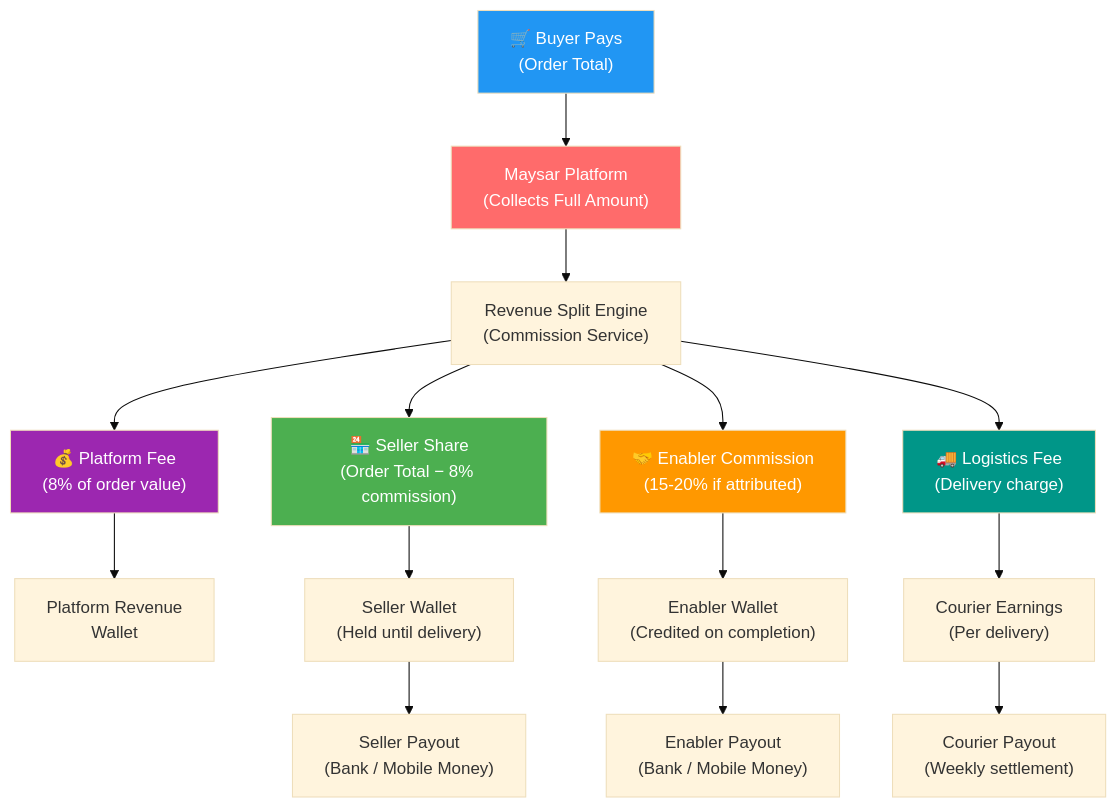
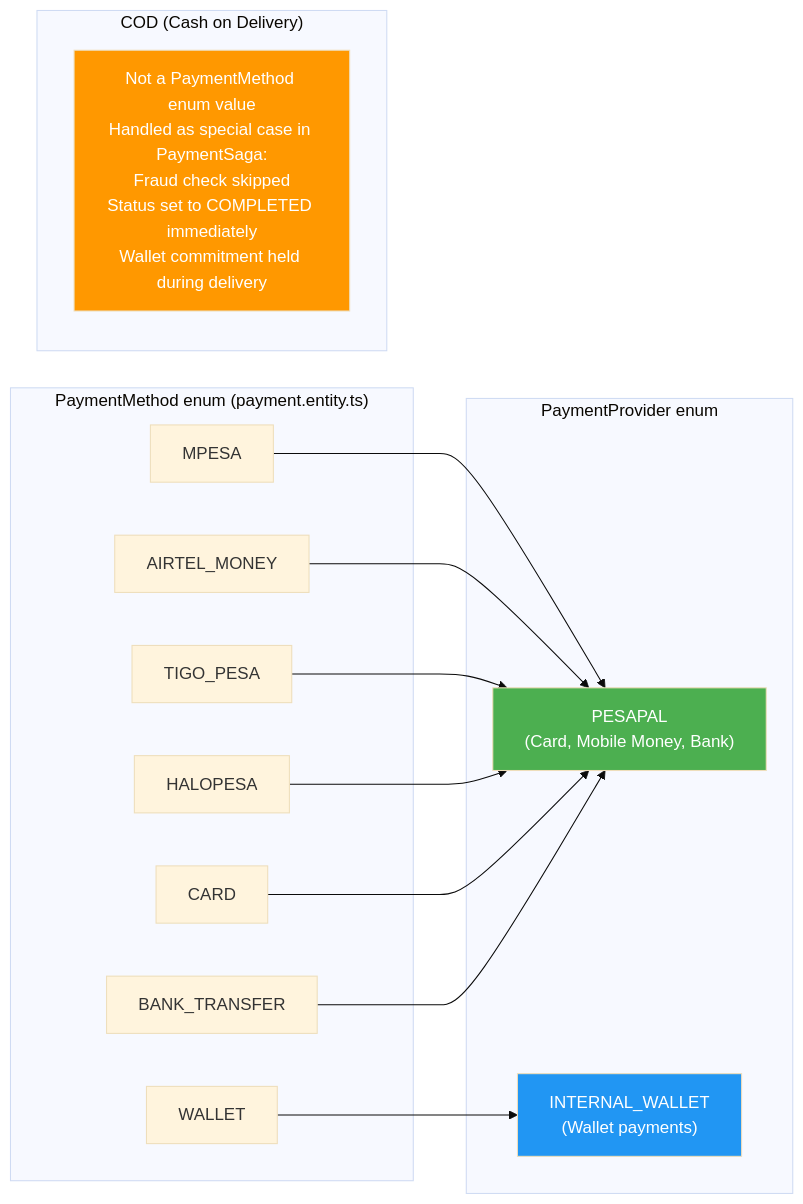
Before and after one commit to maysar-014/maysar-express-backend: the first of 7 diagrams in docs/payments/revenue-flow-diagrams.md, drawn with Mermaid (base theme). The commit also changed other lines of this file and 5 other files, not shown here.

First line of the commit message:
docs: rebuild diagrams from actual source code evidence

````diff
--- a/docs/payments/revenue-flow-diagrams.md
+++ b/docs/payments/revenue-flow-diagrams.md
@@ -9,27 +10,28 @@
 ```mermaid
-flowchart TD
-    BUYER["🛒 Buyer Pays\n(Order Total)"] --> PLATFORM["Maysar Platform\n(Collects Full Amount)"]
+graph LR
+    subgraph Methods["PaymentMethod enum (payment.entity.ts)"]
+        MPESA["MPESA"]
+        AIRTEL["AIRTEL_MONEY"]
+        TIGO["TIGO_PESA"]
+        HALO["HALOPESA"]
+        WALLET["WALLET"]
+        BANK["BANK_TRANSFER"]
+        CARD["CARD"]
+    end
 
-    PLATFORM --> SPLIT["Revenue Split Engine\n(Commission Service)"]
+    subgraph Providers["PaymentProvider enum"]
+        PESAPAL["PESAPAL\n(Card, Mobile Money, Bank)"]
+        INTERNAL["INTERNAL_WALLET\n(Wallet payments)"]
+    end
 
-    SPLIT --> SELLER_SHARE["🏪 Seller Share\n(Order Total − 8% commission)"]
-    SPLIT --> PLATFORM_FEE["💰 Platform Fee\n(8% of order value)"]
-    SPLIT --> ENABLER_SHARE["🤝 Enabler Commission\n(15-20% if attributed)"]
-    SPLIT --> LOGISTICS_FEE["🚚 Logistics Fee\n(Delivery charge)"]
+    subgraph COD["COD (Cash on Delivery)"]
+        COD_NOTE["Not a PaymentMethod enum value\nHandled as special case in PaymentSaga:\nFraud check skipped\nStatus set to COMPLETED immediately\nWallet commitment held during delivery"]
+    end
 
-    PLATFORM_FEE --> PLATFORM_WALLET["Platform Revenue\nWallet"]
-    SELLER_SHARE --> SELLER_WALLET["Seller Wallet\n(Held until delivery)"]
-    ENABLER_SHARE --> ENABLER_WALLET["Enabler Wallet\n(Credited on completion)"]
-    LOGISTICS_FEE --> COURIER_WALLET["Courier Earnings\n(Per delivery)"]
+    MPESA & AIRTEL & TIGO & HALO & CARD & BANK --> PESAPAL
+    WALLET --> INTERNAL
 
-    SELLER_WALLET --> SELLER_PAYOUT["Seller Payout\n(Bank / Mobile Money)"]
-    ENABLER_WALLET --> ENABLER_PAYOUT["Enabler Payout\n(Bank / Mobile Money)"]
-    COURIER_WALLET --> COURIER_PAYOUT["Courier Payout\n(Weekly settlement)"]
-
-    style BUYER fill:#2196F3,color:#fff
-    style PLATFORM fill:#FF6B6B,color:#fff
-    style PLATFORM_FEE fill:#9C27B0,color:#fff
-    style SELLER_SHARE fill:#4CAF50,color:#fff
-    style ENABLER_SHARE fill:#FF9800,color:#fff
-    style LOGISTICS_FEE fill:#009688,color:#fff
+    style PESAPAL fill:#4CAF50,color:#fff
+    style INTERNAL fill:#2196F3,color:#fff
+    style COD_NOTE fill:#FF9800,color:#fff
 ```
````
